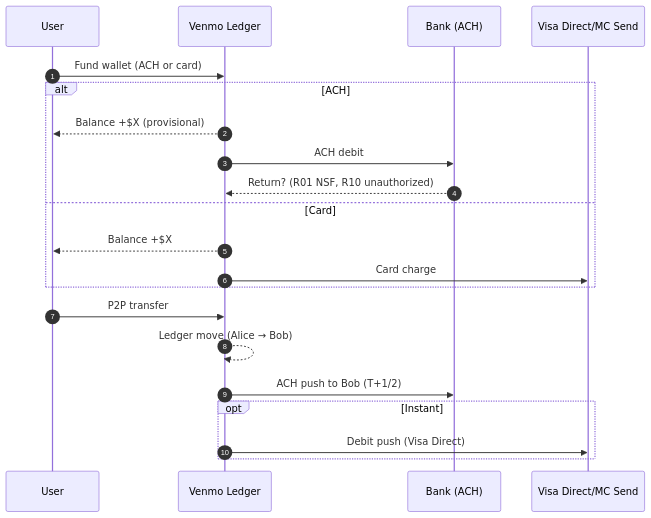
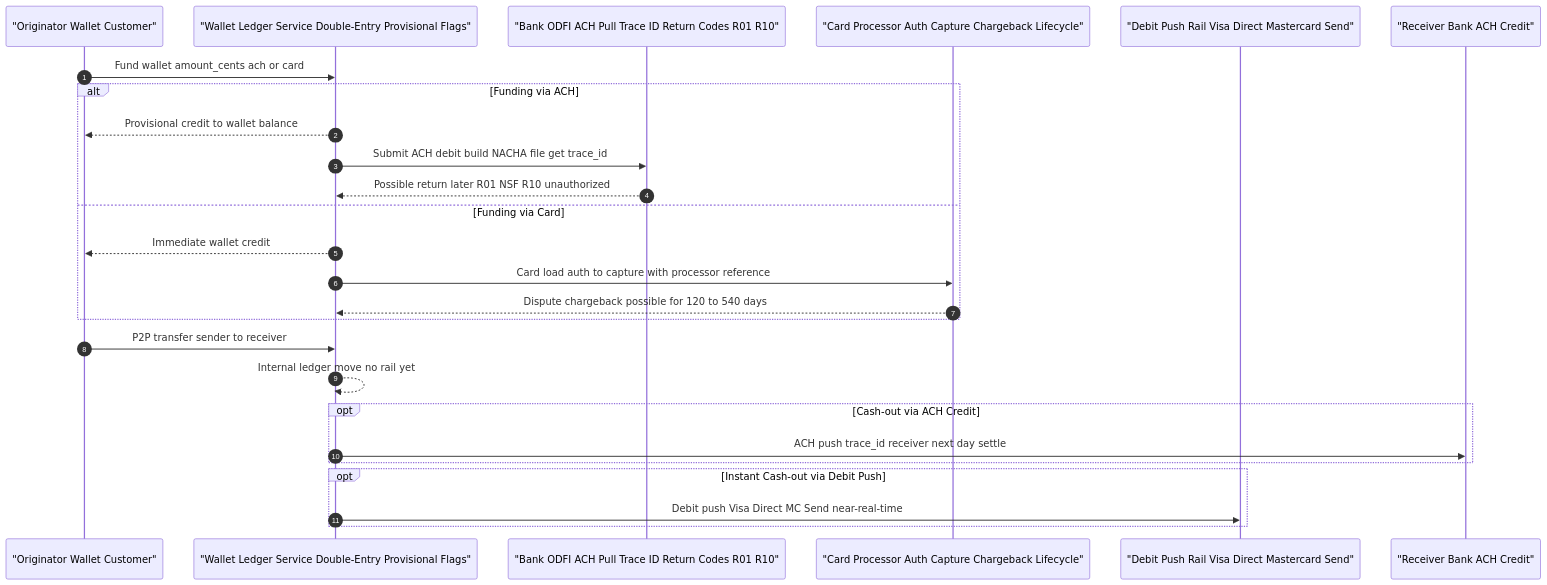
One commit to sumahiremath/buildtales changed the second of 5 diagrams in _posts/2025-09-03-wallets-p2p-networks-venmo-cash-app-paypal-zelle.md. Above: the diagram before and after it, drawn with Mermaid. The commit also changed other lines of this file, not shown here.

````diff
--- a/_posts/2025-09-03-wallets-p2p-networks-venmo-cash-app-paypal-zelle.md
+++ b/_posts/2025-09-03-wallets-p2p-networks-venmo-cash-app-paypal-zelle.md
@@ -78,26 +109,31 @@
 ```mermaid
 sequenceDiagram
     autonumber
-    participant User
-    participant Venmo as Venmo Ledger
-    participant Bank as Bank (ACH)
-    participant Debit as Visa Direct/MC Send
+    participant U as "Originator Wallet Customer"
+    participant L as "Wallet Ledger Service Double-Entry Provisional Flags"
+    participant A as "Bank ODFI ACH Pull Trace ID Return Codes R01 R10"
+    participant C as "Card Processor Auth Capture Chargeback Lifecycle"
+    participant P as "Debit Push Rail Visa Direct Mastercard Send"
+    participant B as "Receiver Bank ACH Credit"
 
-    User->>Venmo: Fund wallet (ACH or card)
-    alt ACH
-        Venmo-->>User: Balance +$X (provisional)
-        Venmo->>Bank: ACH debit
-        Bank-->>Venmo: Return? (R01 NSF, R10 unauthorized)
-    else Card
-        Venmo-->>User: Balance +$X
-        Venmo->>Debit: Card charge
+    U->>L: Fund wallet amount_cents ach or card
+    alt Funding via ACH
+        L-->>U: Provisional credit to wallet balance
+        L->>A: Submit ACH debit build NACHA file get trace_id
+        A-->>L: Possible return later R01 NSF R10 unauthorized
+    else Funding via Card
+        L-->>U: Immediate wallet credit
+        L->>C: Card load auth to capture with processor reference
+        C-->>L: Dispute chargeback possible for 120 to 540 days
     end
 
-    User->>Venmo: P2P transfer
-    Venmo-->>Venmo: Ledger move (Alice → Bob)
+    U->>L: P2P transfer sender to receiver
+    L-->>L: Internal ledger move no rail yet
 
-    Venmo->>Bank: ACH push to Bob (T+1/2)
-    opt Instant
-        Venmo->>Debit: Debit push (Visa Direct)
+    opt Cash-out via ACH Credit
+        L->>B: ACH push trace_id receiver next day settle
+    end
+    opt Instant Cash-out via Debit Push
+        L->>P: Debit push Visa Direct MC Send near-real-time
     end
 ```
````
